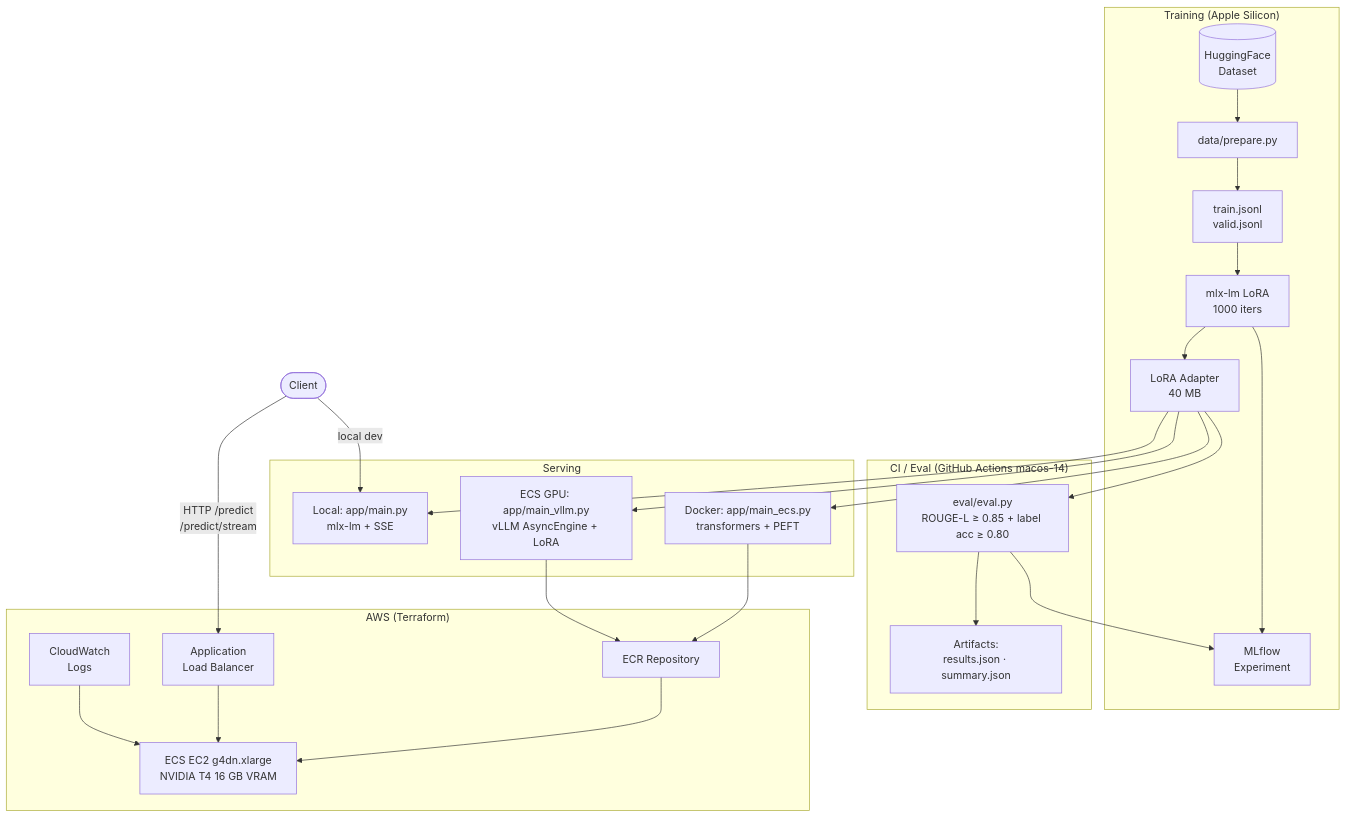
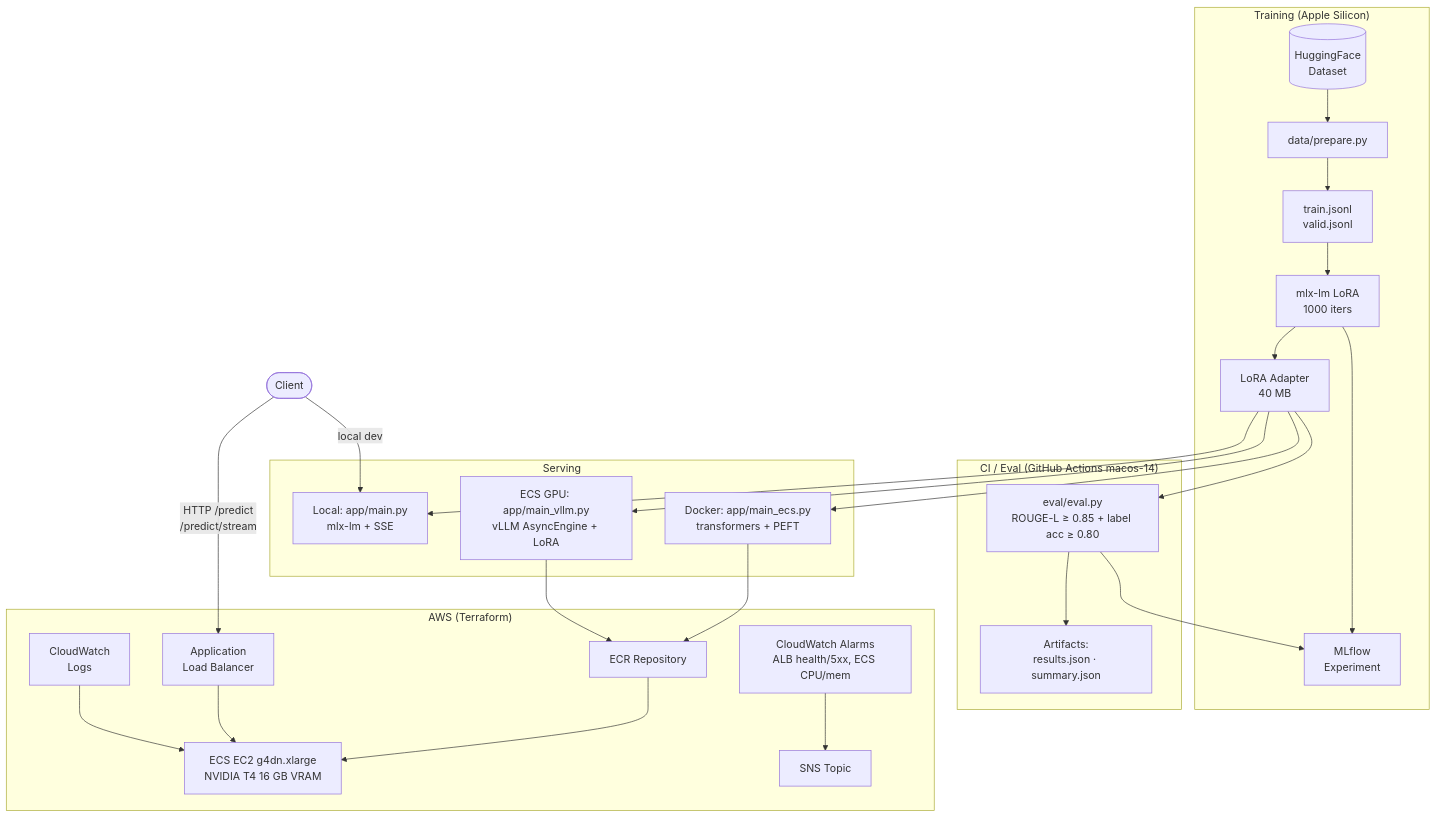
One commit to matthew-fitzgerald123/financial-sentiment-llm changed the diagram in README.md. Above: the diagram before and after it, drawn with Mermaid. The commit also changed other lines of this file and 3 other files, not shown here.

Commit message:
Add CloudWatch alarms for ALB health, 5xx rate, and ECS resource pressure

````diff
--- a/README.md
+++ b/README.md
@@ -23,33 +23,34 @@
 ```mermaid
 flowchart TD
     subgraph Train["Training (Apple Silicon)"]
         DS[(HuggingFace\nDataset)] --> DP[data/prepare.py]
         DP --> JSONL[train.jsonl\nvalid.jsonl]
         JSONL --> LT[mlx-lm LoRA\n1000 iters]
         LT --> ADPT[LoRA Adapter\n40 MB]
         LT --> MLF[MLflow\nExperiment]
     end
 
     subgraph Eval["CI / Eval (GitHub Actions macos-14)"]
         ADPT --> EV[eval/eval.py\nROUGE-L ≥ 0.85 + label acc ≥ 0.80]
         EV --> AR[Artifacts:\nresults.json · summary.json]
         EV --> MLF
     end
 
     subgraph Serve["Serving"]
         ADPT --> LC[Local: app/main.py\nmlx-lm + SSE]
         ADPT --> DC[Docker: app/main_ecs.py\ntransformers + PEFT]
         ADPT --> VL[ECS GPU: app/main_vllm.py\nvLLM AsyncEngine + LoRA]
     end
 
     subgraph AWS["AWS (Terraform)"]
         ECR[ECR Repository] --> ECS[ECS EC2 g4dn.xlarge\nNVIDIA T4 16 GB VRAM]
         ALB[Application\nLoad Balancer] --> ECS
         CW[CloudWatch\nLogs] --> ECS
+        ALARMS[CloudWatch Alarms\nALB health/5xx, ECS CPU/mem] --> SNS[SNS Topic]
     end
 
     DC --> ECR
     VL --> ECR
     Client([Client]) -->|HTTP /predict\n/predict/stream| ALB
     Client -->|local dev| LC
 ```
````
